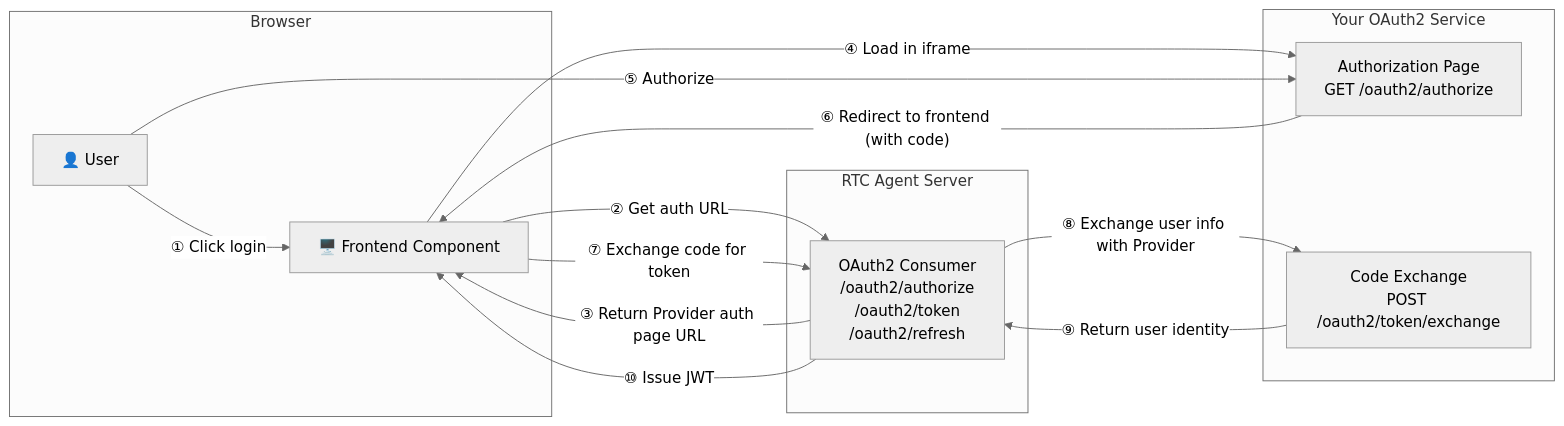
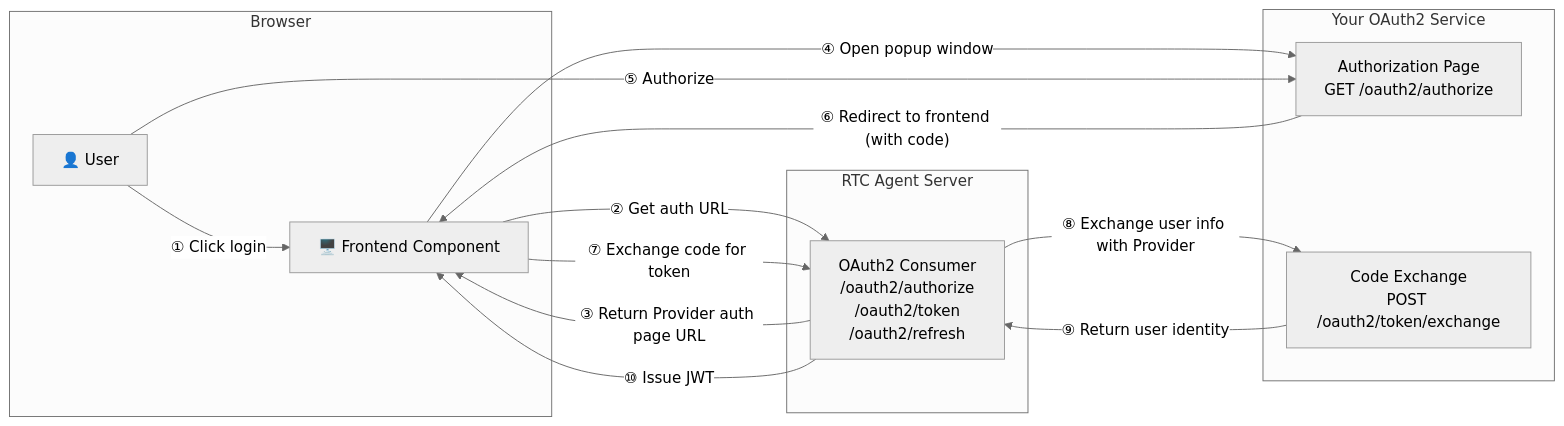
Before and after one commit to rtc-agent/docs: the seventh of 7 diagrams in src/content/docs/en/integration/auth.md, drawn with Mermaid (neutral theme). The commit also changed other lines of this file and 18 other files, not shown here.

````diff
--- a/src/content/docs/en/integration/auth.md
+++ b/src/content/docs/en/integration/auth.md
@@ -194,27 +194,27 @@
 ```mermaid
 flowchart LR
     subgraph Browser["Browser"]
         User["👤 User"]
         FE["🖥️ Frontend Component"]
     end
 
     subgraph RTCServer["RTC Agent Server"]
         Consumer["OAuth2 Consumer<br/>/oauth2/authorize<br/>/oauth2/token<br/>/oauth2/refresh"]
     end
 
     subgraph Provider["Your OAuth2 Service"]
         AuthPage["Authorization Page<br/>GET /oauth2/authorize"]
         Exchange["Code Exchange<br/>POST /oauth2/token/exchange"]
     end
 
     User -->|"① Click login"| FE
     FE -->|"② Get auth URL"| Consumer
     Consumer -->|"③ Return Provider auth page URL"| FE
-    FE -->|"④ Load in iframe"| AuthPage
+    FE -->|"④ Open popup window"| AuthPage
     User -->|"⑤ Authorize"| AuthPage
     AuthPage -->|"⑥ Redirect to frontend (with code)"| FE
     FE -->|"⑦ Exchange code for token"| Consumer
     Consumer -->|"⑧ Exchange user info with Provider"| Exchange
     Exchange -->|"⑨ Return user identity"| Consumer
     Consumer -->|"⑩ Issue JWT"| FE
 ```
````
